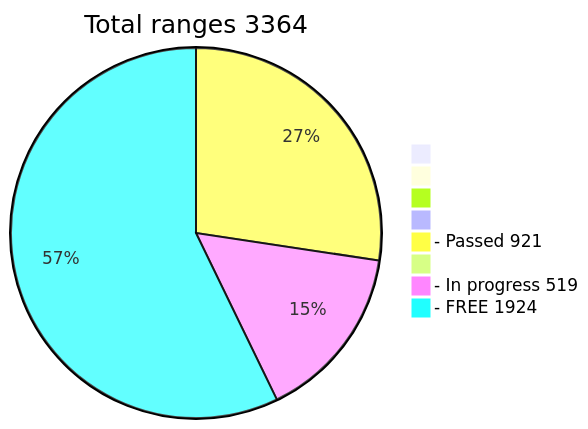
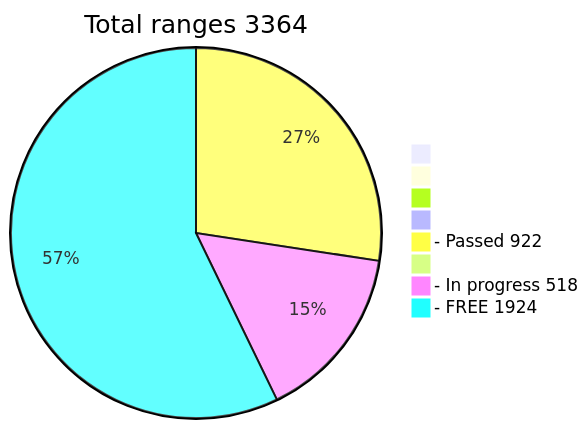
One commit to phrutis/wif500 changed the diagram in README.md. Above: the diagram before and after it, drawn with Mermaid.

````diff
--- a/README.md
+++ b/README.md
@@ -16,12 +16,12 @@
 ```mermaid
 pie title Total ranges 3364
              " " : 0
             "  " : 0
            "   " : 0
           "    " : 0
-  "- Passed 921" : 921
+  "- Passed 922" : 922
          "     " : 0
-  "- In progress 519" : 519
+  "- In progress 518" : 518
    "- FREE 1924" : 1924
    
 ```
````
